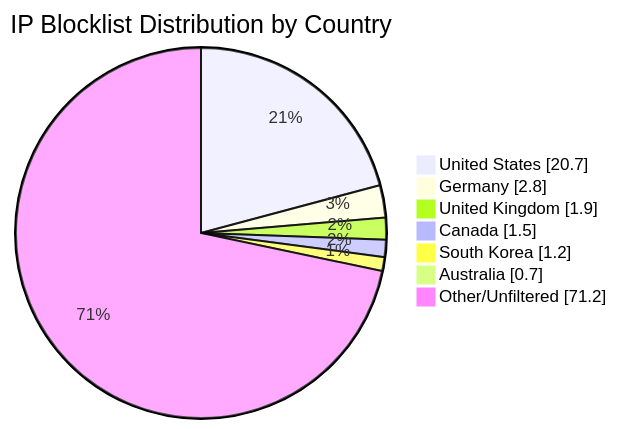
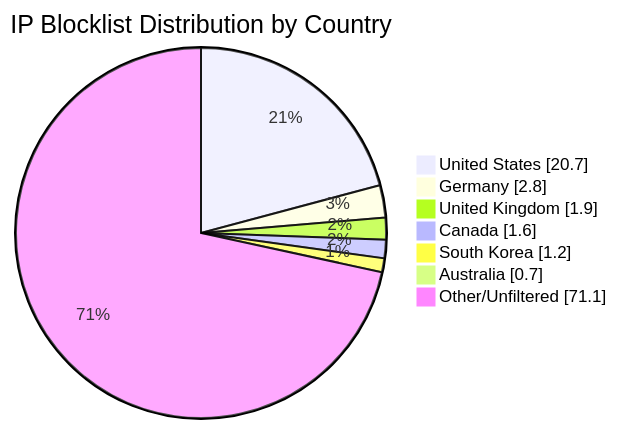
The diagram in README.md (MarcusHoltz/ipblocklist-geofiltered-aggregator), drawn with Mermaid before and after one commit. The commit also changed other lines of this file and 9 other files, not shown here.

````diff
--- a/README.md
+++ b/README.md
@@ -34,10 +34,10 @@
 ```mermaid
 pie showData title IP Blocklist Distribution by Country
 "United States" : 20.7
 "Germany" : 2.8
 "United Kingdom" : 1.9
-"Canada" : 1.5
+"Canada" : 1.6
 "South Korea" : 1.2
 "Australia" : 0.7
-"Other/Unfiltered" : 71.2
+"Other/Unfiltered" : 71.1
 ```
````
